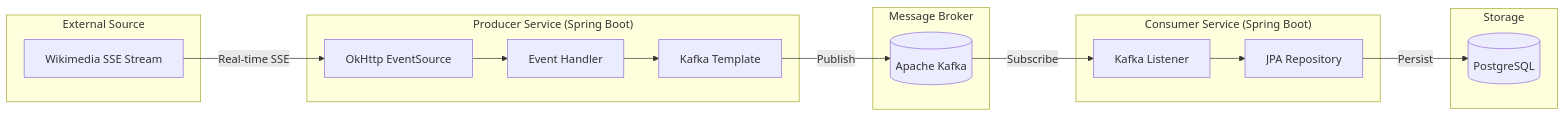
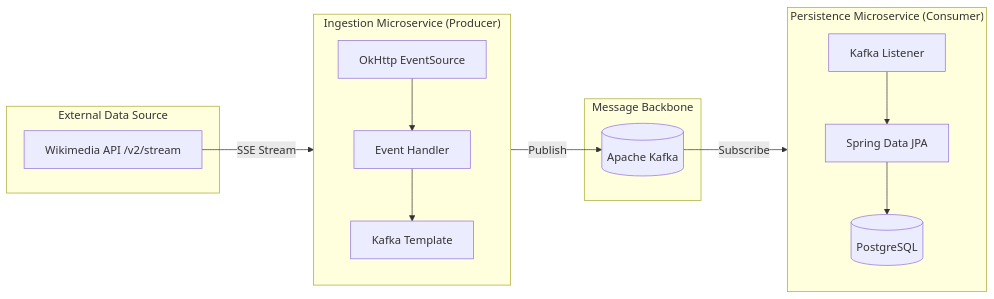
Before and after one commit to BKishoree/wikimedia_recentchange_apachekafka: the diagram in README.md, drawn with Mermaid. The commit also changed other lines of this file, not shown here.

````diff
--- a/README.md
+++ b/README.md
@@ -18,28 +27,26 @@
 ```mermaid
 graph LR
-    subgraph "External Source"
-        W[Wikimedia SSE Stream]
+    subgraph "External Data Source"
+        W[Wikimedia API /v2/stream]
     end
 
-    subgraph "Producer Service (Spring Boot)"
-        P[OkHttp EventSource] --> H[Event Handler]
+    subgraph "Ingestion Microservice (Producer)"
+        direction TB
+        E[OkHttp EventSource] --> H[Event Handler]
         H --> KT[Kafka Template]
     end
 
-    subgraph "Message Broker"
+    subgraph "Message Backbone"
         K[(Apache Kafka)]
     end
 
-    subgraph "Consumer Service (Spring Boot)"
-        L[Kafka Listener] --> R[JPA Repository]
+    subgraph "Persistence Microservice (Consumer)"
+        direction TB
+        L[Kafka Listener] --> JPA[Spring Data JPA]
+        JPA --> DB[(PostgreSQL)]
     end
 
-    subgraph "Storage"
-        DB[(PostgreSQL)]
-    end
-
-    W -- "Real-time SSE" --> P
+    W -- "SSE Stream" --> E
     KT -- "Publish" --> K
     K -- "Subscribe" --> L
-    R -- "Persist" --> DB
 ```
````
